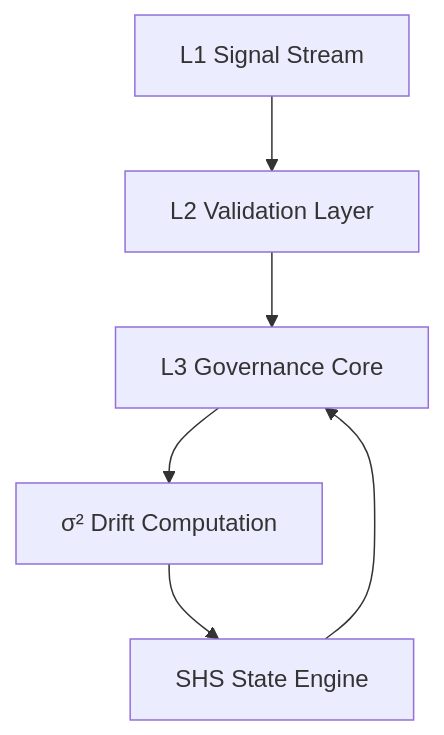
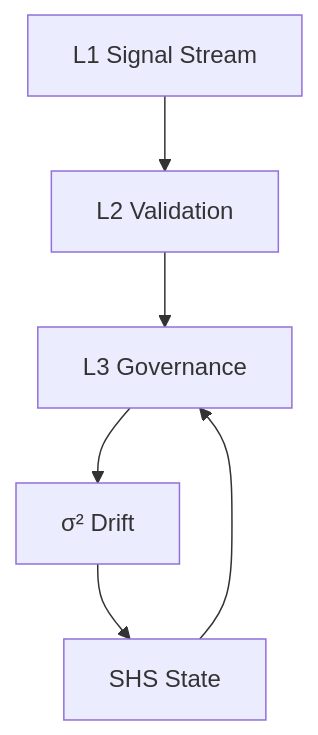
Before and after one commit to GeneralSergal/ORP: the fourth of 7 diagrams in README.md, drawn with Mermaid. The commit also changed other lines of this file, not shown here.

````diff
--- a/README.md
+++ b/README.md
@@ -257,10 +214,5 @@
 ```mermaid
 flowchart TD
-    L1[L1 Signal Stream]
-    L2[L2 Validation Layer]
-    L3[L3 Governance Core]
-    SIGMA[σ² Drift Computation]
-    SHS[SHS State Engine]
-
-    L1 --> L2 --> L3 --> SIGMA --> SHS --> L3
+    L1[L1 Signal Stream] --> L2[L2 Validation] --> L3[L3 Governance] 
+    L3 --> SIGMA[σ² Drift] --> SHS[SHS State] --> L3
 ```
````
